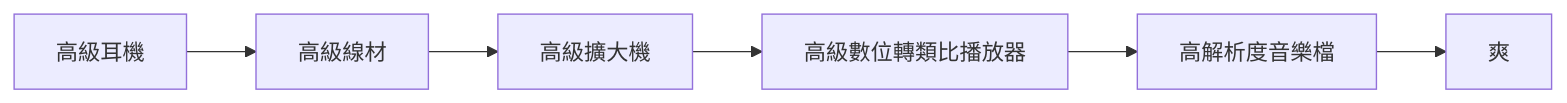
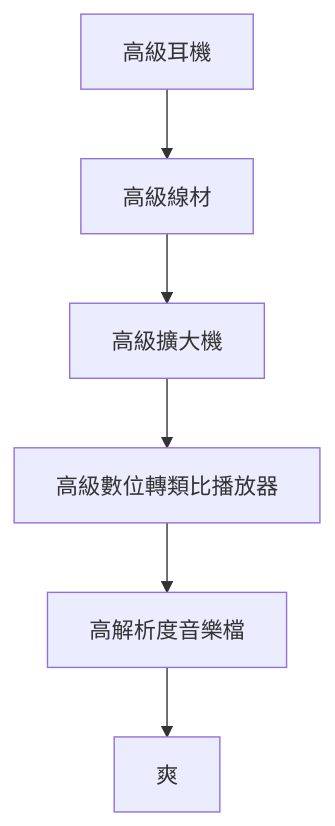
Before and after one commit to dklassic/dklassic.github.io: the second of 10 diagrams in content/tchinese/posts/game-design/0012-show-off-your-efforts.md, drawn with Mermaid. The commit also changed other lines of this file, not shown here.

Commit message:
Update 0012's graph

````diff
--- a/content/tchinese/posts/game-design/0012-show-off-your-efforts.md
+++ b/content/tchinese/posts/game-design/0012-show-off-your-efforts.md
@@ -27,8 +27,8 @@
 ```mermaid
-graph LR;
+graph TD;
     高級耳機-->高級線材;
     高級線材-->高級擴大機;
     高級擴大機-->高級數位轉類比播放器;
     高級數位轉類比播放器-->高解析度音樂檔;
     高解析度音樂檔-->爽;
 ```
````
